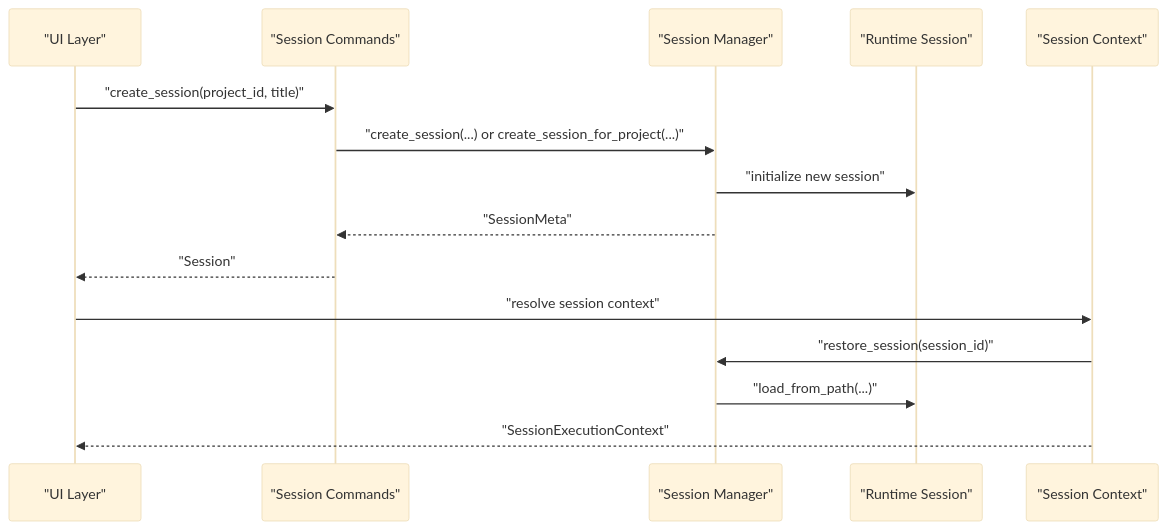
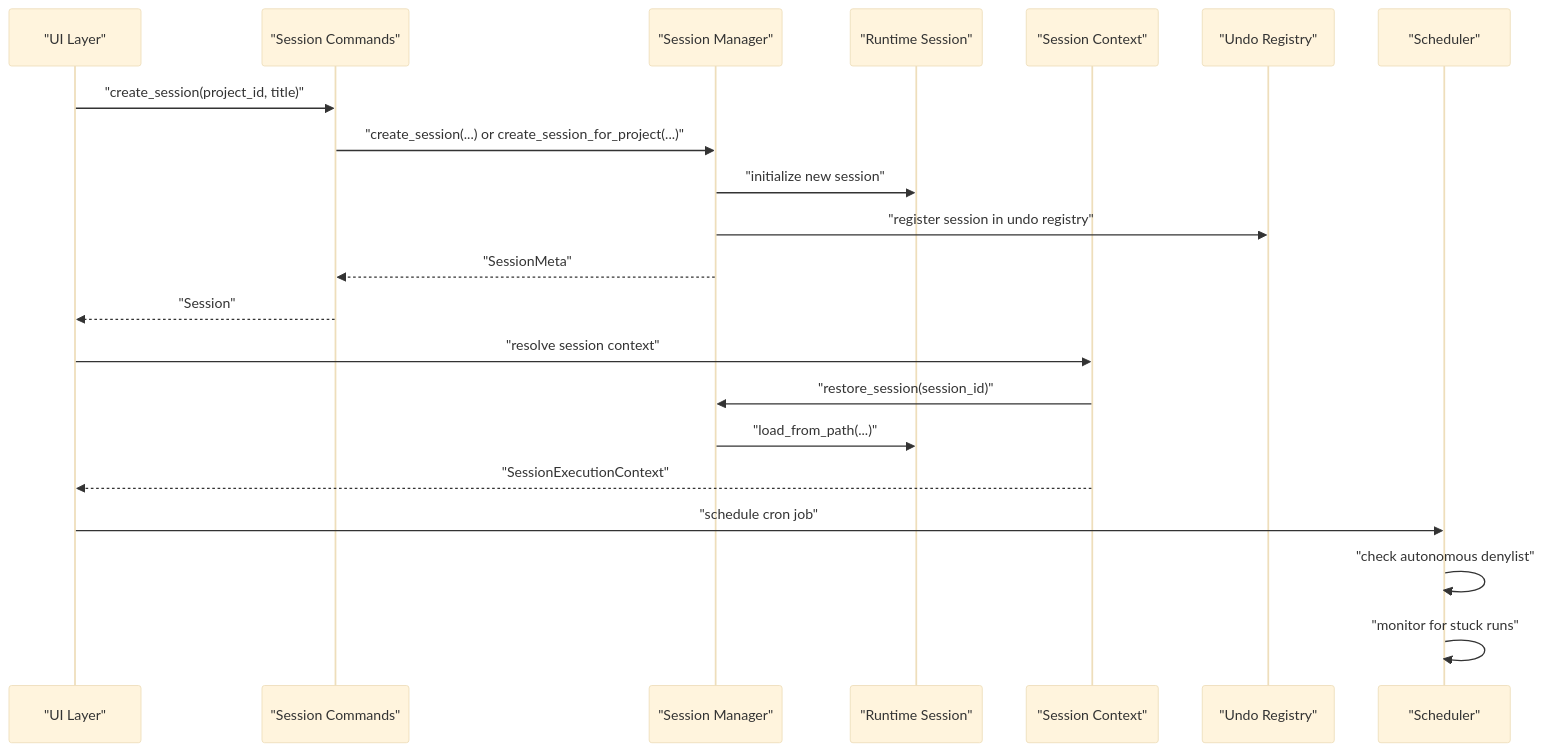
One commit to novolei/if2Ai changed the second of 11 diagrams in .qoder/repowiki/en/content/Backend System (Rust)/Module Architecture & Design/Runtime Services/Session Lifecycle.md. Above: the diagram before and after it, drawn with Mermaid (base theme). The commit also changed other lines of this file and 124 other files, not shown here.

````diff
--- a/.qoder/repowiki/en/content/Backend System (Rust)/Module Architecture & Design/Runtime Services/Session Lifecycle.md
+++ b/.qoder/repowiki/en/content/Backend System (Rust)/Module Architecture & Design/Runtime Services/Session Lifecycle.md
@@ -90,17 +127,23 @@
 ```mermaid
 sequenceDiagram
 participant UI as "UI Layer"
 participant Cmd as "Session Commands"
 participant SM as "Session Manager"
 participant RS as "Runtime Session"
 participant SC as "Session Context"
+participant UR as "Undo Registry"
+participant SCH as "Scheduler"
 UI->>Cmd : "create_session(project_id, title)"
 Cmd->>SM : "create_session(...) or create_session_for_project(...)"
 SM->>RS : "initialize new session"
+SM->>UR : "register session in undo registry"
 SM-->>Cmd : "SessionMeta"
 Cmd-->>UI : "Session"
 UI->>SC : "resolve session context"
 SC->>SM : "restore_session(session_id)"
 SM->>RS : "load_from_path(...)"
 SC-->>UI : "SessionExecutionContext"
+UI->>SCH : "schedule cron job"
+SCH->>SCH : "check autonomous denylist"
+SCH->>SCH : "monitor for stuck runs"
 ```
````
